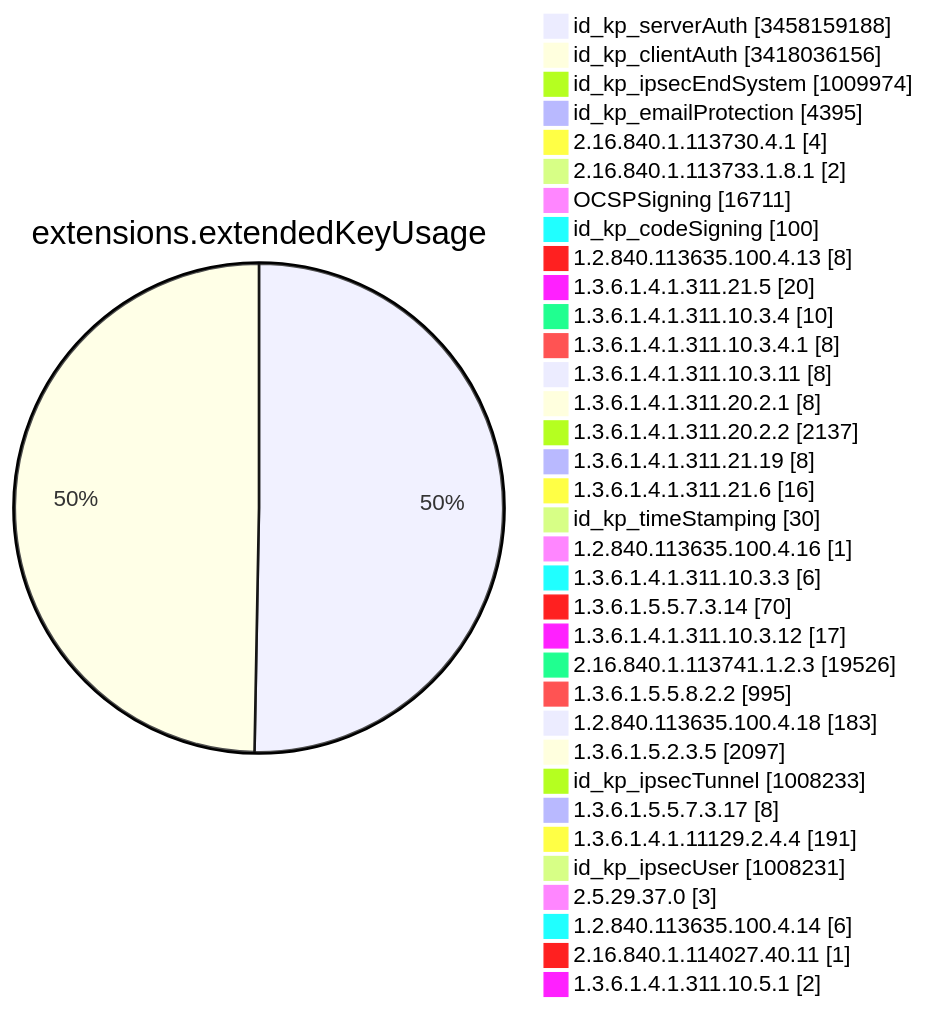
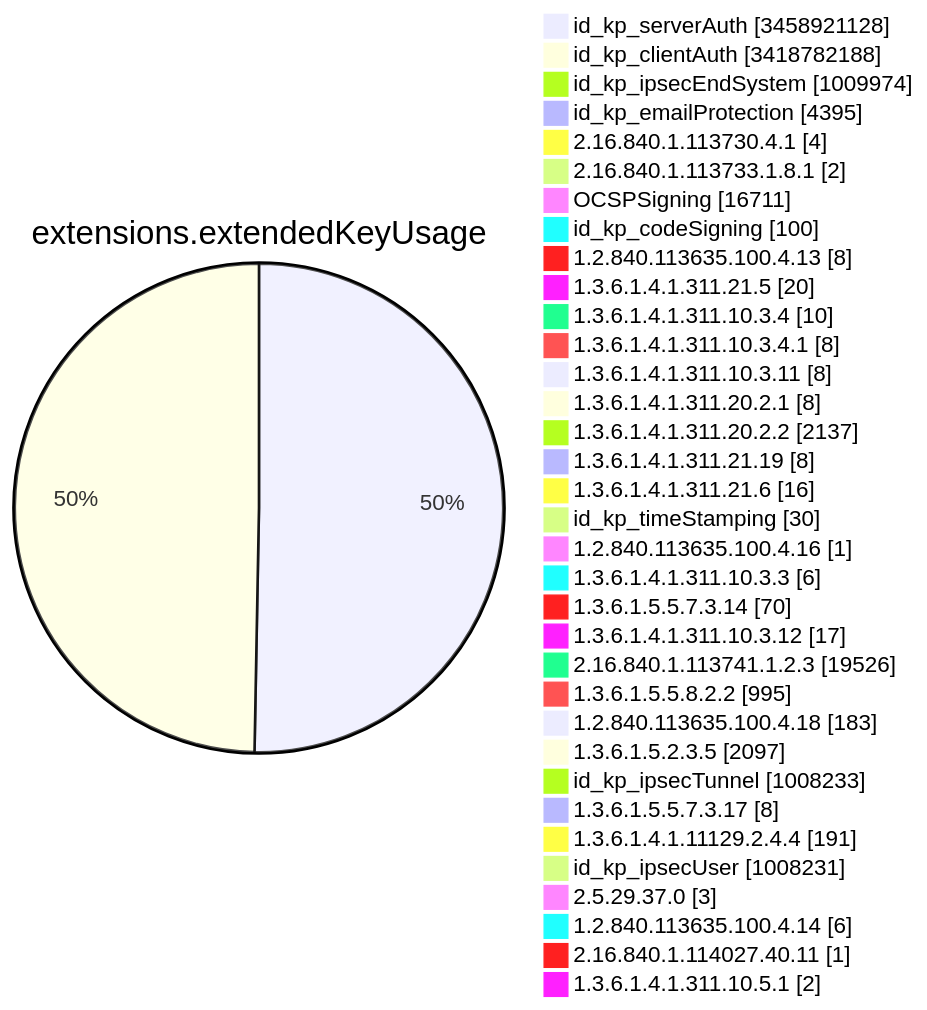
One commit to christiankrug/ctmonitor_visualization changed diagram 11 of 15 in TOTAL/README.md. Above: the diagram before and after it, drawn with Mermaid. The commit also changed other lines of this file, not shown here.

````diff
--- a/TOTAL/README.md
+++ b/TOTAL/README.md
@@ -4123,38 +4123,38 @@
 ```mermaid
 pie showData
 title extensions.extendedKeyUsage
-"id_kp_serverAuth" :3458159188
-"id_kp_clientAuth" :3418036156
+"id_kp_serverAuth" :3458921128
+"id_kp_clientAuth" :3418782188
 "id_kp_ipsecEndSystem" :1009974
 "id_kp_emailProtection" :4395
 "2.16.840.1.113730.4.1" :4
 "2.16.840.1.113733.1.8.1" :2
 "OCSPSigning" :16711
 "id_kp_codeSigning" :100
 "1.2.840.113635.100.4.13" :8
 "1.3.6.1.4.1.311.21.5" :20
 "1.3.6.1.4.1.311.10.3.4" :10
 "1.3.6.1.4.1.311.10.3.4.1" :8
 "1.3.6.1.4.1.311.10.3.11" :8
 "1.3.6.1.4.1.311.20.2.1" :8
 "1.3.6.1.4.1.311.20.2.2" :2137
 "1.3.6.1.4.1.311.21.19" :8
 "1.3.6.1.4.1.311.21.6" :16
 "id_kp_timeStamping" :30
 "1.2.840.113635.100.4.16" :1
 "1.3.6.1.4.1.311.10.3.3" :6
 "1.3.6.1.5.5.7.3.14" :70
 "1.3.6.1.4.1.311.10.3.12" :17
 "2.16.840.1.113741.1.2.3" :19526
 "1.3.6.1.5.5.8.2.2" :995
 "1.2.840.113635.100.4.18" :183
 "1.3.6.1.5.2.3.5" :2097
 "id_kp_ipsecTunnel" :1008233
 "1.3.6.1.5.5.7.3.17" :8
 "1.3.6.1.4.1.11129.2.4.4" :191
 "id_kp_ipsecUser" :1008231
 "2.5.29.37.0" :3
 "1.2.840.113635.100.4.14" :6
 "2.16.840.1.114027.40.11" :1
 "1.3.6.1.4.1.311.10.5.1" :2
 ```
````
